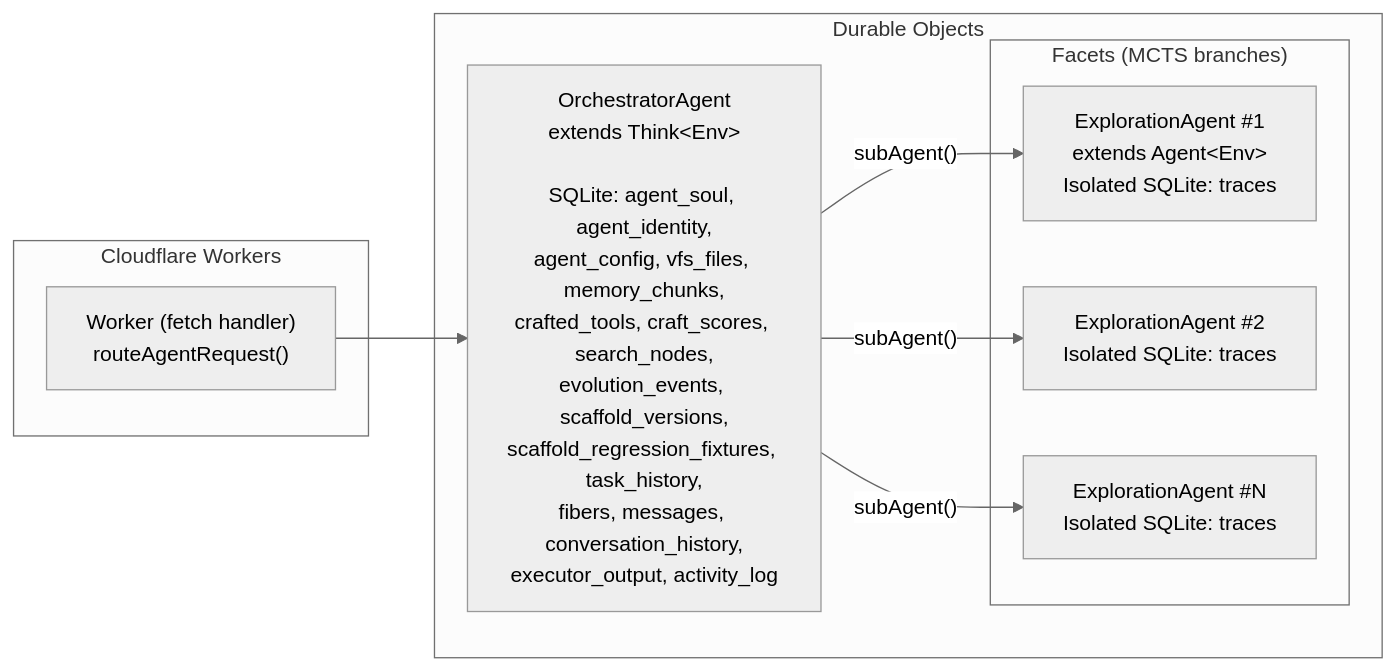
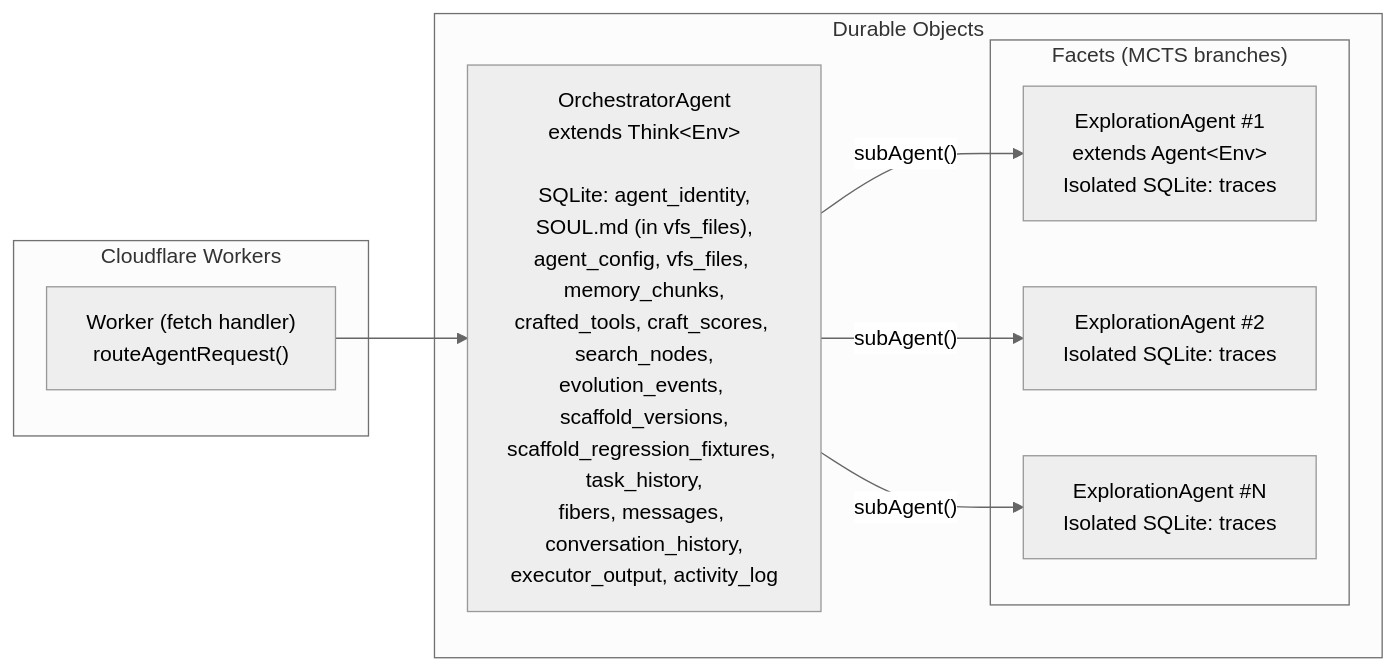
Before and after one commit to AshishKumar4/kinu: the third of 3 diagrams in docs/ARCHITECTURE.md, drawn with Mermaid (neutral theme). The commit also changed other lines of this file and 564 other files, not shown here.

First line of the commit message:
feat: the cloud backend — run timeline, consolidated tools and the React surfaces

````diff
--- a/docs/ARCHITECTURE.md
+++ b/docs/ARCHITECTURE.md
@@ -142,21 +144,21 @@
 ```mermaid
 graph LR
     subgraph "Cloudflare Workers"
         Worker["Worker (fetch handler)<br/>routeAgentRequest()"]
     end
 
     subgraph "Durable Objects"
-        Orch["OrchestratorAgent<br/>extends Think&lt;Env&gt;<br/><br/>SQLite: agent_soul, agent_identity,<br/>agent_config, vfs_files, memory_chunks,<br/>crafted_tools, craft_scores, search_nodes,<br/>evolution_events, scaffold_versions,<br/>scaffold_regression_fixtures, task_history,<br/>fibers, messages, conversation_history,<br/>executor_output, activity_log"]
+        Orch["OrchestratorAgent<br/>extends Think&lt;Env&gt;<br/><br/>SQLite: agent_identity,<br/>SOUL.md (in vfs_files),<br/>agent_config, vfs_files, memory_chunks,<br/>crafted_tools, craft_scores, search_nodes,<br/>evolution_events, scaffold_versions,<br/>scaffold_regression_fixtures, task_history,<br/>fibers, messages, conversation_history,<br/>executor_output, activity_log"]
 
         subgraph "Facets (MCTS branches)"
             E1["ExplorationAgent #1<br/>extends Agent&lt;Env&gt;<br/>Isolated SQLite: traces"]
             E2["ExplorationAgent #2<br/>Isolated SQLite: traces"]
             E3["ExplorationAgent #N<br/>Isolated SQLite: traces"]
         end
     end
 
     Worker --> Orch
     Orch -->|"subAgent()"| E1
     Orch -->|"subAgent()"| E2
     Orch -->|"subAgent()"| E3
 ```
````
